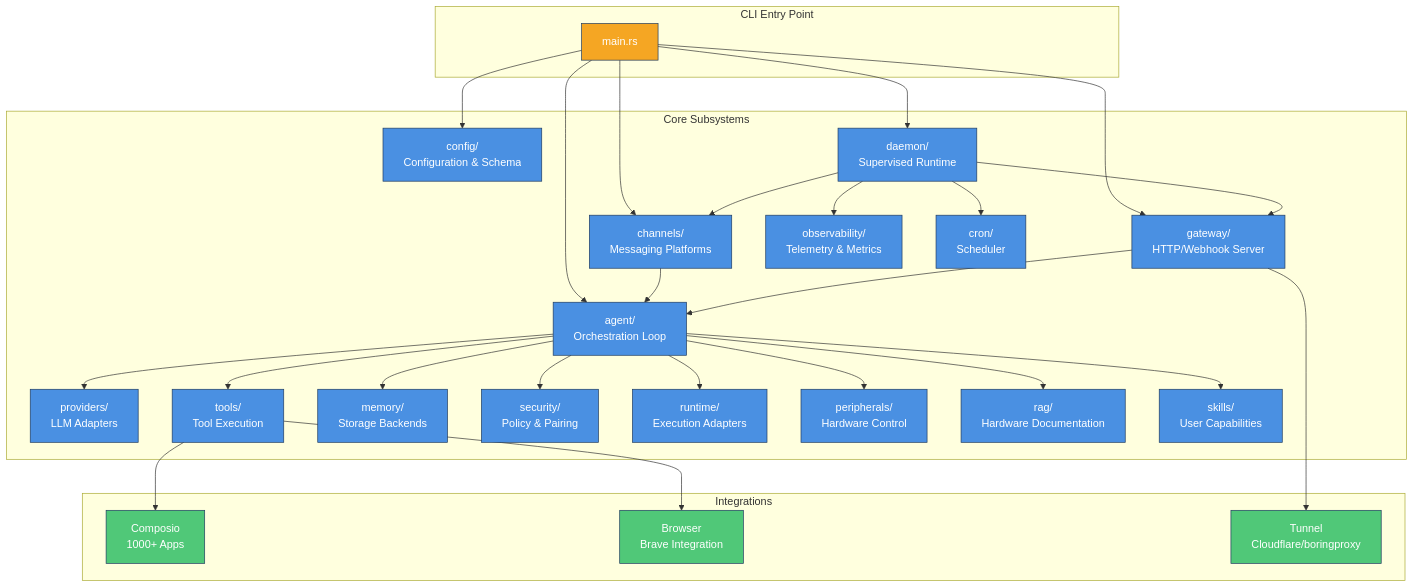
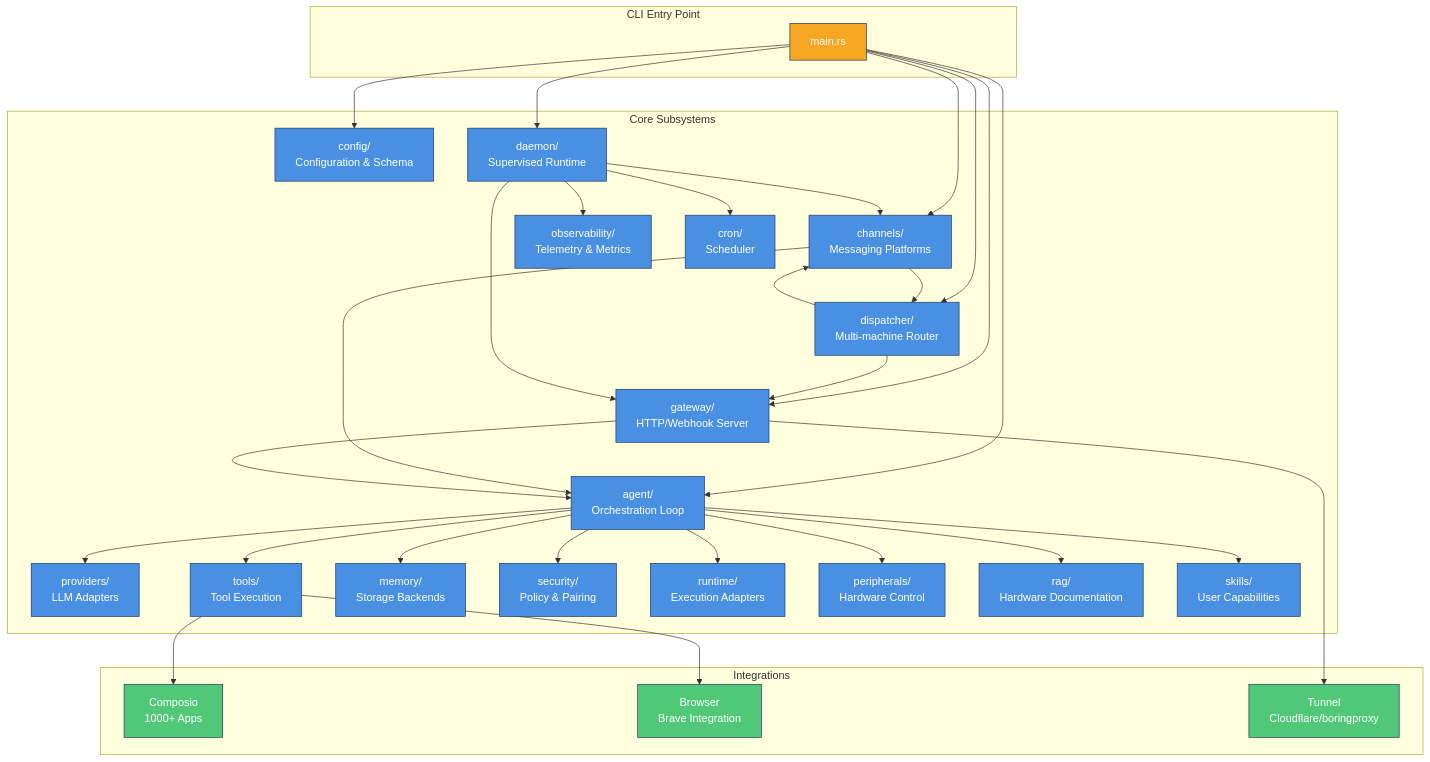
One commit to dolphyvn/mclaw changed the second of 17 diagrams in docs/assets/architecture-diagrams.md. Above: the diagram before and after it, drawn with Mermaid. The commit also changed other lines of this file, not shown here.

First line of the commit message:
docs: update architecture diagrams with dispatcher

````diff
--- a/docs/assets/architecture-diagrams.md
+++ b/docs/assets/architecture-diagrams.md
@@ -41,65 +44,72 @@
 ```mermaid
 flowchart TB
     subgraph CLI[CLI Entry Point]
         Main[main.rs]
     end
 
     subgraph Core[Core Subsystems]
         Config[config/<br/>Configuration & Schema]
         Agent[agent/<br/>Orchestration Loop]
         Providers[providers/<br/>LLM Adapters]
         Channels[channels/<br/>Messaging Platforms]
         Tools[tools/<br/>Tool Execution]
         Memory[memory/<br/>Storage Backends]
         Security[security/<br/>Policy & Pairing]
         Runtime[runtime/<br/>Execution Adapters]
         Gateway[gateway/<br/>HTTP/Webhook Server]
         Daemon[daemon/<br/>Supervised Runtime]
         Peripherals[peripherals/<br/>Hardware Control]
         Observability[observability/<br/>Telemetry & Metrics]
         RAG[rag/<br/>Hardware Documentation]
         Cron[cron/<br/>Scheduler]
         Skills[skills/<br/>User Capabilities]
+        Dispatcher[dispatcher/<br/>Multi-machine Router]
     end
 
     subgraph Integrations[Integrations]
         Composio[Composio<br/>1000+ Apps]
         Browser[Browser<br/>Brave Integration]
         Tunnel[Tunnel<br/>Cloudflare/boringproxy]
     end
 
     Main --> Config
     Main --> Agent
     Main --> Gateway
     Main --> Daemon
     Main --> Channels
+    Main --> Dispatcher
 
     Agent --> Providers
     Agent --> Tools
     Agent --> Memory
     Agent --> Security
     Agent --> Runtime
     Agent --> Peripherals
     Agent --> RAG
     Agent --> Skills
 
     Channels --> Agent
+    Channels --> Dispatcher
+
     Gateway --> Agent
+    Gateway --> Tunnel
+
+    Dispatcher --> Gateway
+    Dispatcher --> Channels
 
     Daemon --> Gateway
     Daemon --> Channels
     Daemon --> Cron
     Daemon --> Observability
 
     Tools --> Composio
     Tools --> Browser
-    Gateway --> Tunnel
 
     classDef coreComp fill:#4A90E2,stroke:#1E3A5F,color:#fff
     classDef integComp fill:#50C878,stroke:#1E3A5F,color:#fff
     classDef cliComp fill:#F5A623,stroke:#1E3A5F,color:#fff
 
-    class Config,Agent,Providers,Channels,Tools,Memory,Security,Runtime,Gateway,Daemon,Peripherals,Observability,RAG,Cron,Skills coreComp
+    class Config,Agent,Providers,Channels,Tools,Memory,Security,Runtime,Gateway,Daemon,Peripherals,Observability,RAG,Cron,Skills,Dispatcher coreComp
     class Composio,Browser,Tunnel integComp
     class Main cliComp
 ```
````
